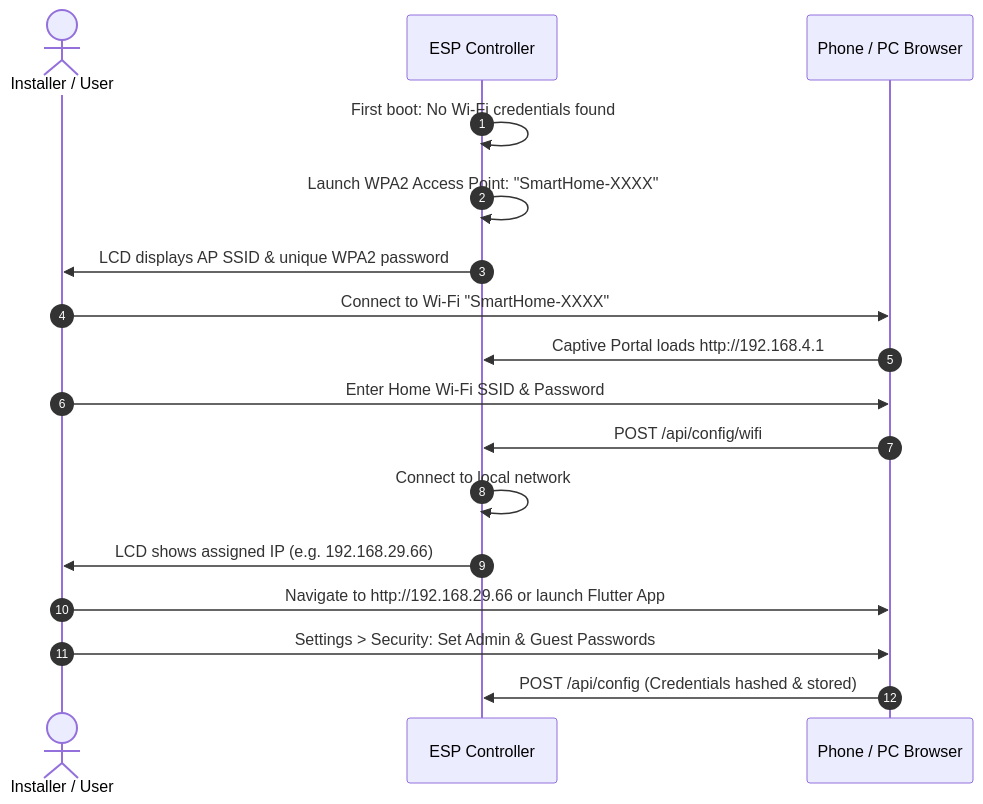
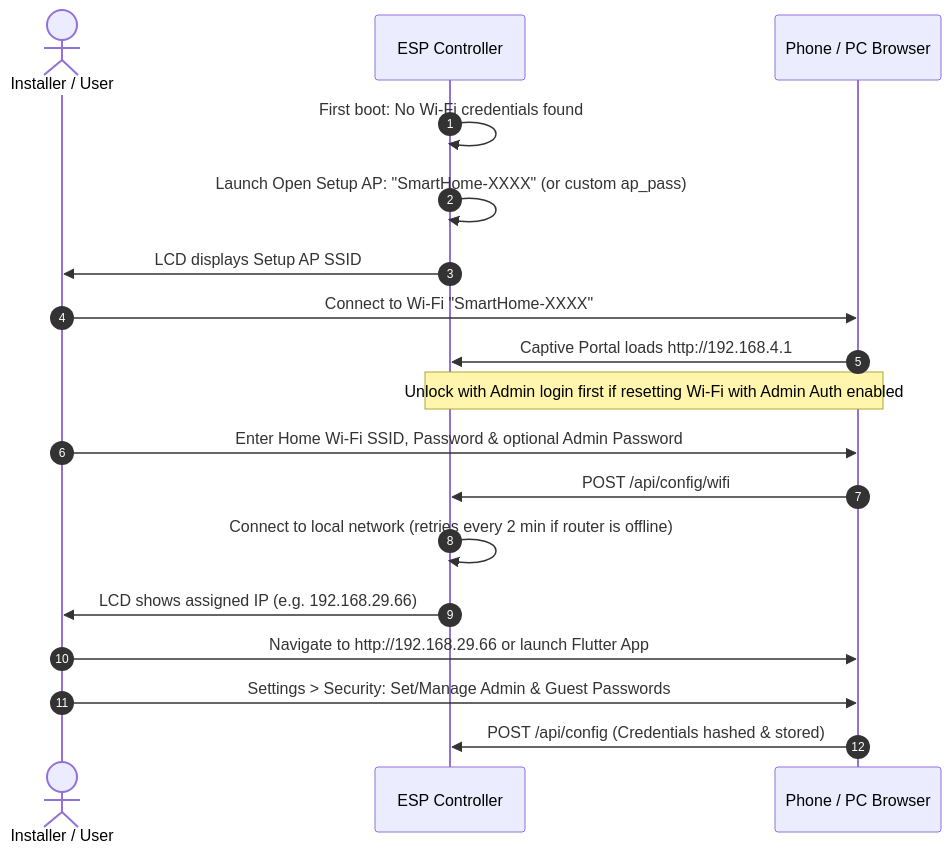
The second of 2 diagrams in README.md (1VikashChoudhary/SmartHome), drawn with Mermaid before and after one commit. The commit also changed other lines of this file and 46 other files, not shown here.

First line of the commit message:
fix: harden firmware concurrency, open setup AP captive portal, 2-min Wi-Fi retry, and disable default gas sensor

````diff
--- a/README.md
+++ b/README.md
@@ -341,20 +341,21 @@
 ```mermaid
 sequenceDiagram
     autonumber
     actor User as Installer / User
     participant ESP as ESP Controller
     participant Phone as Phone / PC Browser
 
     ESP->>ESP: First boot: No Wi-Fi credentials found
-    ESP->>ESP: Launch WPA2 Access Point: "SmartHome-XXXX"
-    ESP->>User: LCD displays AP SSID & unique WPA2 password
+    ESP->>ESP: Launch Open Setup AP: "SmartHome-XXXX" (or custom ap_pass)
+    ESP->>User: LCD displays Setup AP SSID
     User->>Phone: Connect to Wi-Fi "SmartHome-XXXX"
     Phone->>ESP: Captive Portal loads http://192.168.4.1
-    User->>Phone: Enter Home Wi-Fi SSID & Password
+    Note over ESP,Phone: Unlock with Admin login first if resetting Wi-Fi with Admin Auth enabled
+    User->>Phone: Enter Home Wi-Fi SSID, Password & optional Admin Password
     Phone->>ESP: POST /api/config/wifi
-    ESP->>ESP: Connect to local network
+    ESP->>ESP: Connect to local network (retries every 2 min if router is offline)
     ESP->>User: LCD shows assigned IP (e.g. 192.168.29.66)
     User->>Phone: Navigate to http://192.168.29.66 or launch Flutter App
-    User->>Phone: Settings > Security: Set Admin & Guest Passwords
+    User->>Phone: Settings > Security: Set/Manage Admin & Guest Passwords
     Phone->>ESP: POST /api/config (Credentials hashed & stored)
 ```
````
